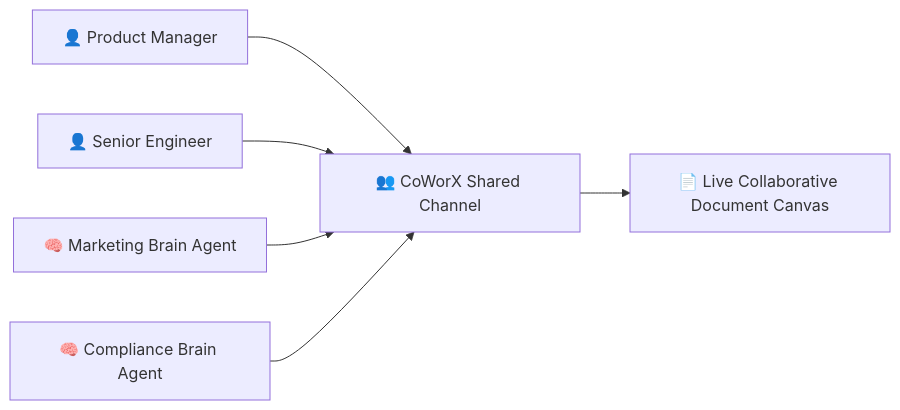
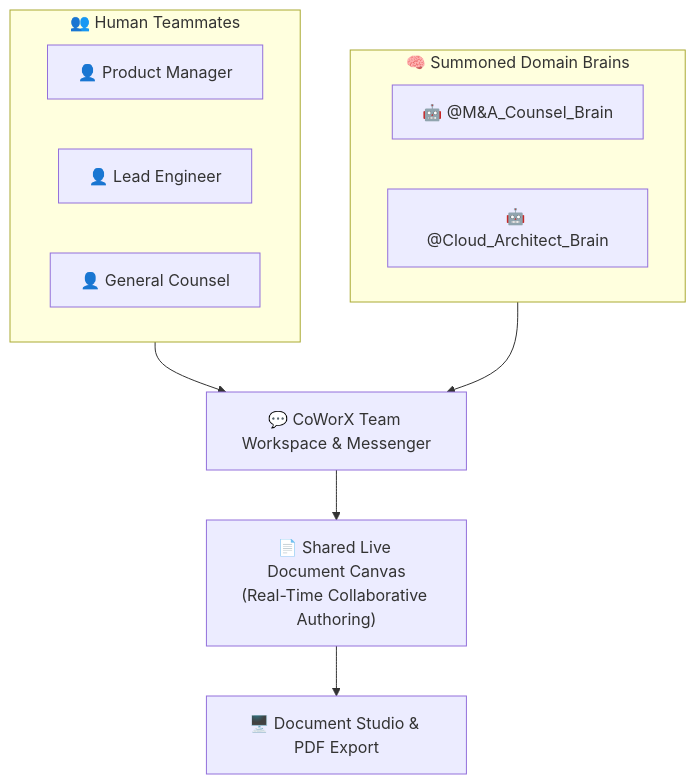
One commit to gosutox/gosutox-docs changed the diagram in coworx/overview.mdx. Above: the diagram before and after it, drawn with Mermaid. The commit also changed other lines of this file and 3 other files, not shown here.

Commit message:
docs(coworx): elevate all 4 coworx pages with team channels, @mention summoning, live canvas authoring, and workspace governance

````diff
--- a/coworx/overview.mdx
+++ b/coworx/overview.mdx
@@ -10,6 +12,19 @@
 ```mermaid
-flowchart LR
-    User1["👤 Product Manager"] & User2["👤 Senior Engineer"] --> Channel["👥 CoWorX Shared Channel"]
-    BrainA["🧠 Marketing Brain Agent"] & BrainB["🧠 Compliance Brain Agent"] --> Channel
-    Channel --> LiveDoc["📄 Live Collaborative Document Canvas"]
+flowchart TD
+    subgraph Human_Team ["👥 Human Teammates"]
+        H1["👤 Product Manager"]
+        H2["👤 Lead Engineer"]
+        H3["👤 General Counsel"]
+    end
+
+    subgraph AI_Brains ["🧠 Summoned Domain Brains"]
+        B1["🤖 @M&A_Counsel_Brain"]
+        B2["🤖 @Cloud_Architect_Brain"]
+    end
+
+    Human_Team --> Channel["💬 CoWorX Team Workspace & Messenger"]
+    AI_Brains --> Channel
+
+    Channel --> Canvas["📄 Shared Live Document Canvas\n(Real-Time Collaborative Authoring)"]
+    Canvas --> Studio["🖥️ Document Studio & PDF Export"]
 ```
````
